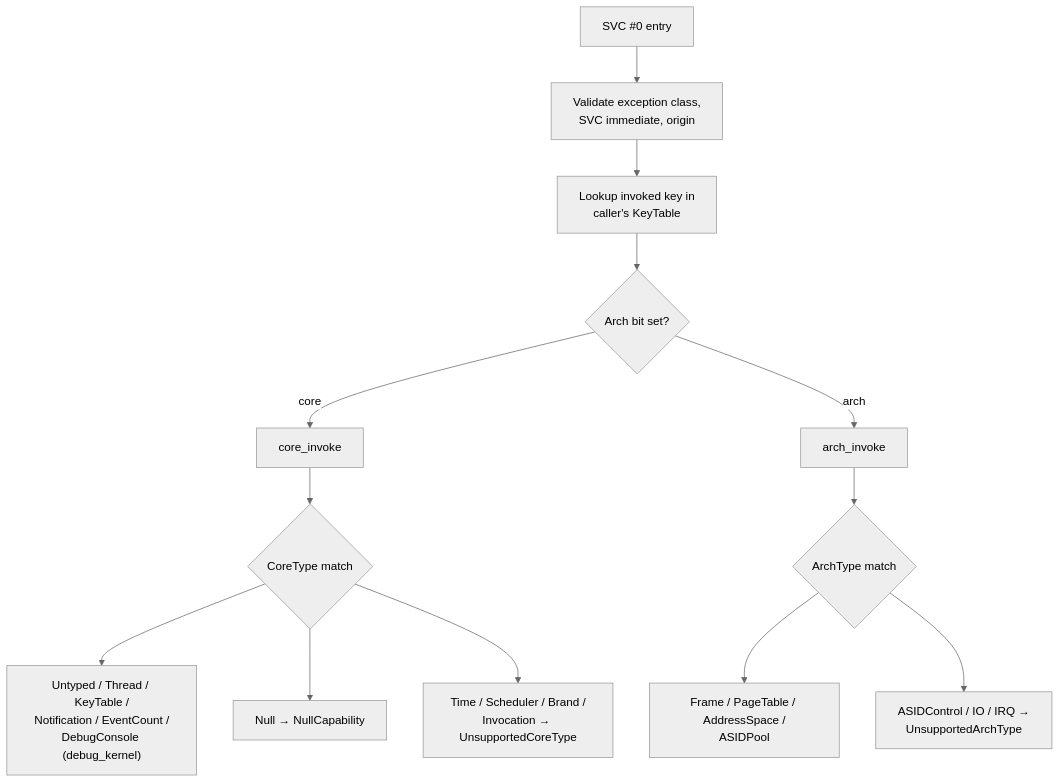
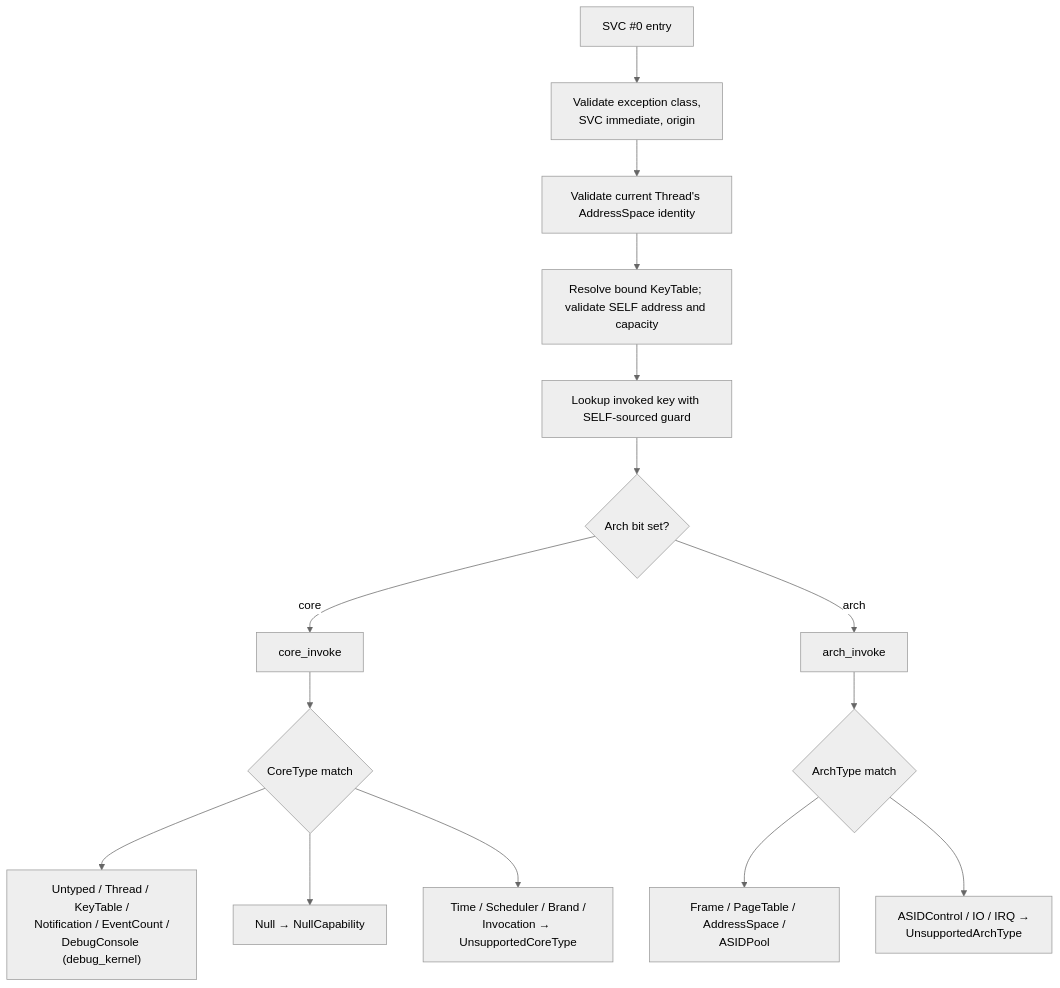
Before and after one commit to metta-systems/vesper: the diagram in doc/object_types/README.md, drawn with Mermaid (neutral theme). The commit also changed other lines of this file and 44 other files, not shown here.

````diff
--- a/doc/object_types/README.md
+++ b/doc/object_types/README.md
@@ -76,15 +78,17 @@
 ```mermaid
 flowchart TD
     A["SVC #0 entry"] --> B["Validate exception class,<br/>SVC immediate, origin"]
-    B --> C["Lookup invoked key in<br/>caller's KeyTable"]
+    B --> AS["Validate current Thread's AddressSpace identity"]
+    AS --> KT["Resolve bound KeyTable; validate SELF address and capacity"]
+    KT --> C["Lookup invoked key with SELF-sourced guard"]
     C --> D{"Arch bit set?"}
     D -- "core" --> E["core_invoke"]
     D -- "arch" --> F["arch_invoke"]
     E --> G{"CoreType match"}
     G --> H["Untyped / Thread / KeyTable /<br/>Notification / EventCount /<br/>DebugConsole (debug_kernel)"]
     G --> I["Null → NullCapability"]
     G --> J["Time / Scheduler / Brand /<br/>Invocation → UnsupportedCoreType"]
     F --> K{"ArchType match"}
     K --> L["Frame / PageTable / AddressSpace /<br/>ASIDPool"]
     K --> M["ASIDControl / IO / IRQ →<br/>UnsupportedArchType"]
 ```
````
